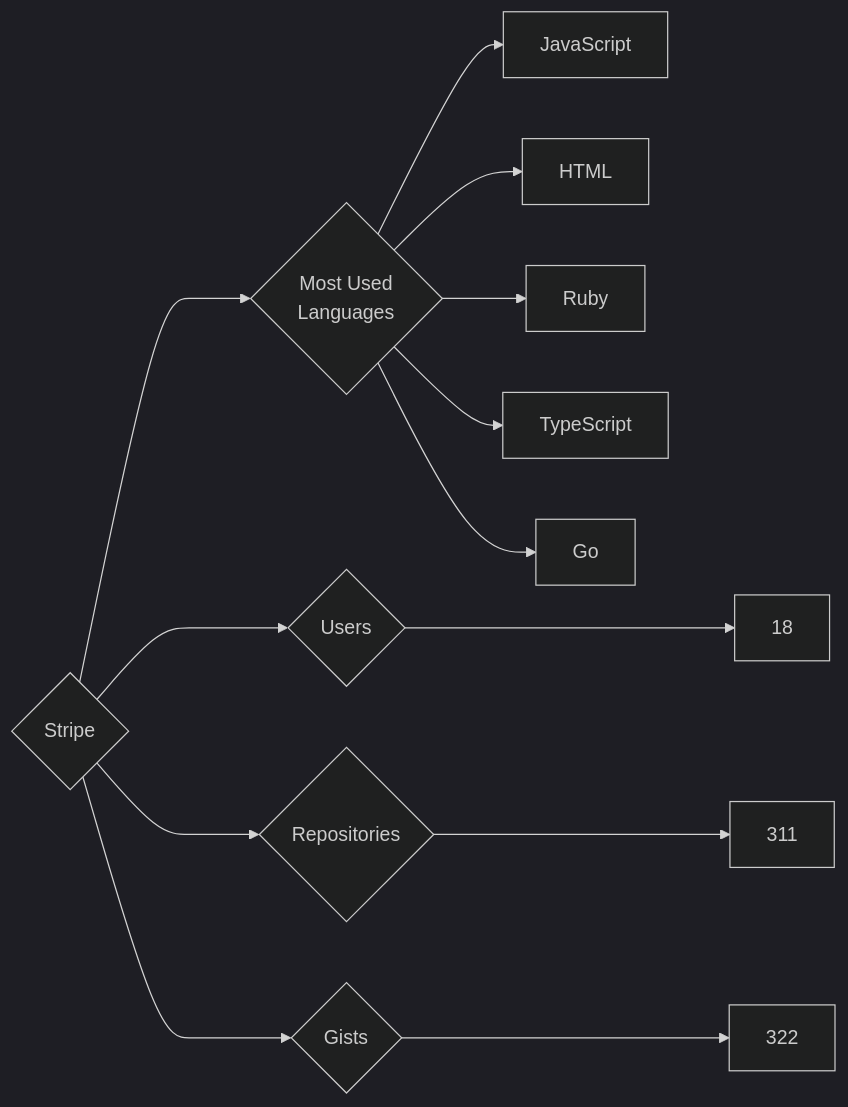
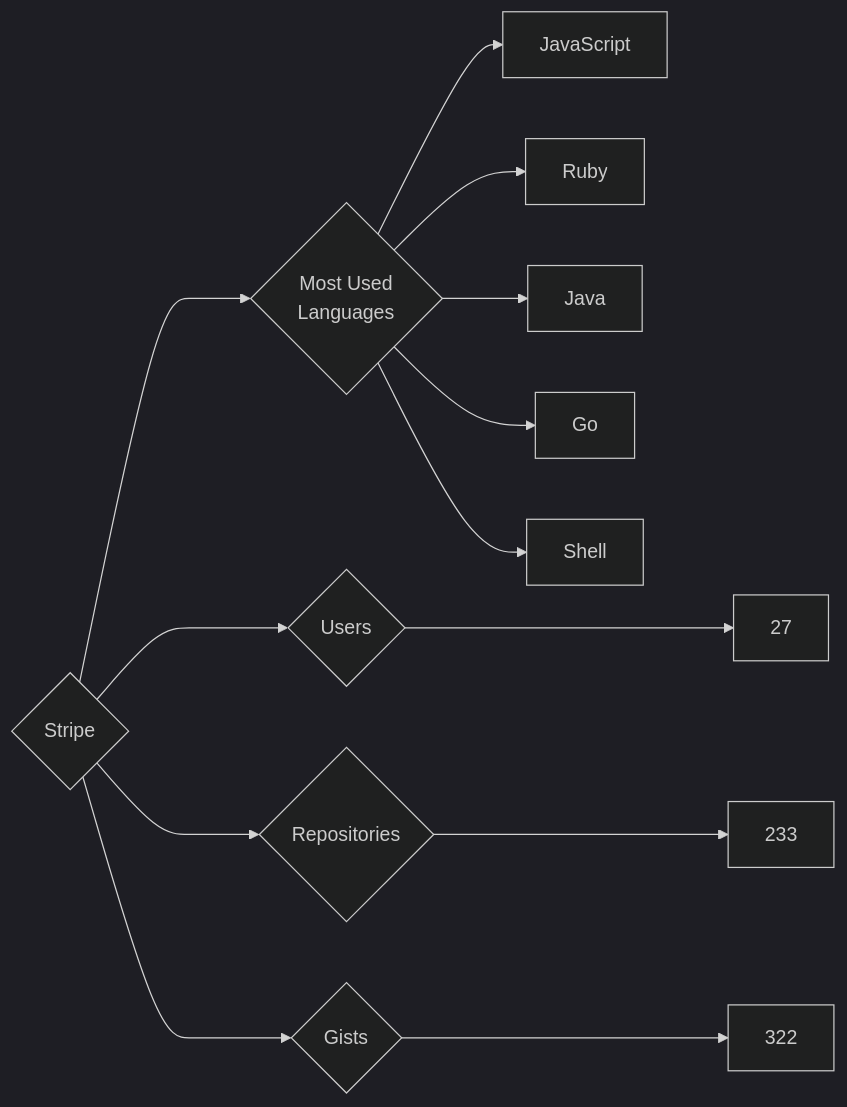
Before and after one commit to trickest/insiders: the diagram in targets/Stripe/README.md, drawn with Mermaid (dark theme). The commit also changed 682 other files, not shown here.

````diff
--- a/targets/Stripe/README.md
+++ b/targets/Stripe/README.md
@@ -3,13 +3,13 @@
 ```mermaid
 graph LR
 COMPANY_NAME{Stripe}
-COMPANY_NAME ---> U{Users} ---> UN[18]
-COMPANY_NAME ---> R{Repositories} ---> RN[311]
+COMPANY_NAME ---> U{Users} ---> UN[27]
+COMPANY_NAME ---> R{Repositories} ---> RN[233]
 COMPANY_NAME ---> G{Gists} ---> GN[322]
 COMPANY_NAME ---> ML{Most Used<br>Languages}
 ML --> JavaScript[JavaScript]
-ML --> HTML[HTML]
 ML --> Ruby[Ruby]
-ML --> TypeScript[TypeScript]
+ML --> Java[Java]
 ML --> Go[Go]
+ML --> Shell[Shell]
 ```
````
